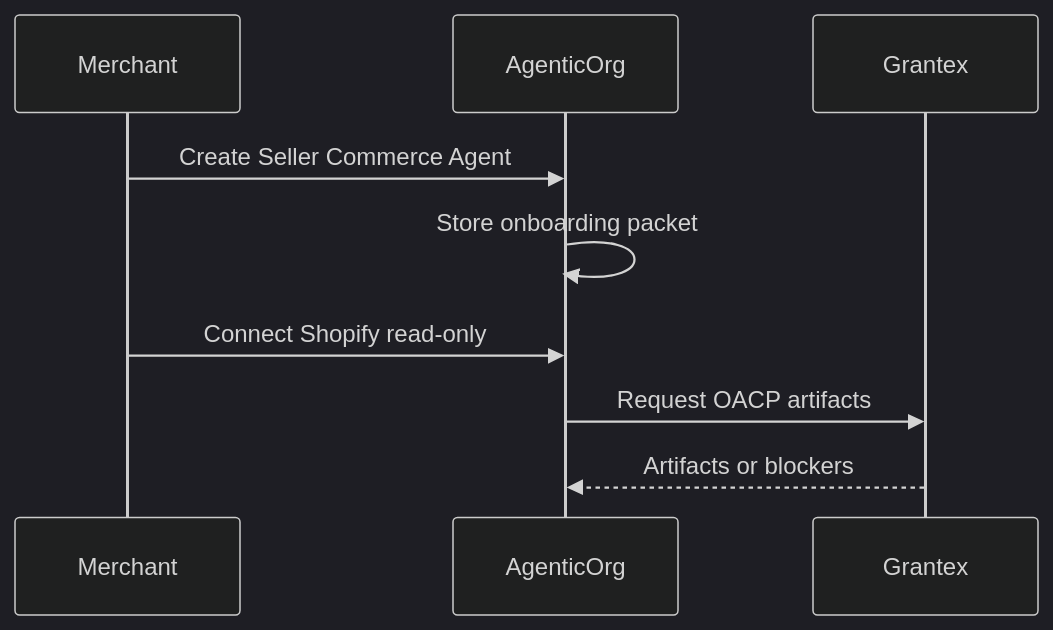
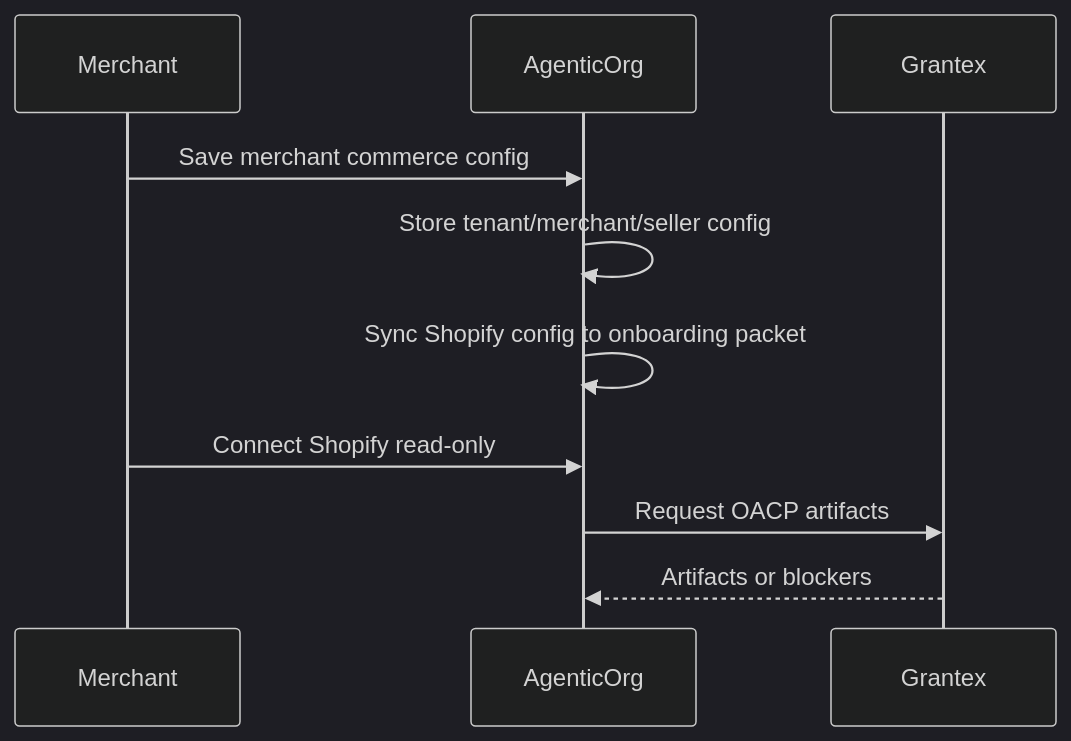
One commit to mishrasanjeev/agentic-org changed the diagram in docs/oacp/seller-commerce-agent-onboarding.md. Above: the diagram before and after it, drawn with Mermaid (dark theme). The commit also changed other lines of this file and 44 other files, not shown here.

First line of the commit message:
Add merchant self-service OACP config (#878)

````diff
--- a/docs/oacp/seller-commerce-agent-onboarding.md
+++ b/docs/oacp/seller-commerce-agent-onboarding.md
@@ -17,11 +21,12 @@
 ```mermaid
 sequenceDiagram
   participant M as Merchant
   participant A as AgenticOrg
   participant G as Grantex
-  M->>A: Create Seller Commerce Agent
-  A->>A: Store onboarding packet
+  M->>A: Save merchant commerce config
+  A->>A: Store tenant/merchant/seller config
+  A->>A: Sync Shopify config to onboarding packet
   M->>A: Connect Shopify read-only
   A->>G: Request OACP artifacts
   G-->>A: Artifacts or blockers
 ```
````
